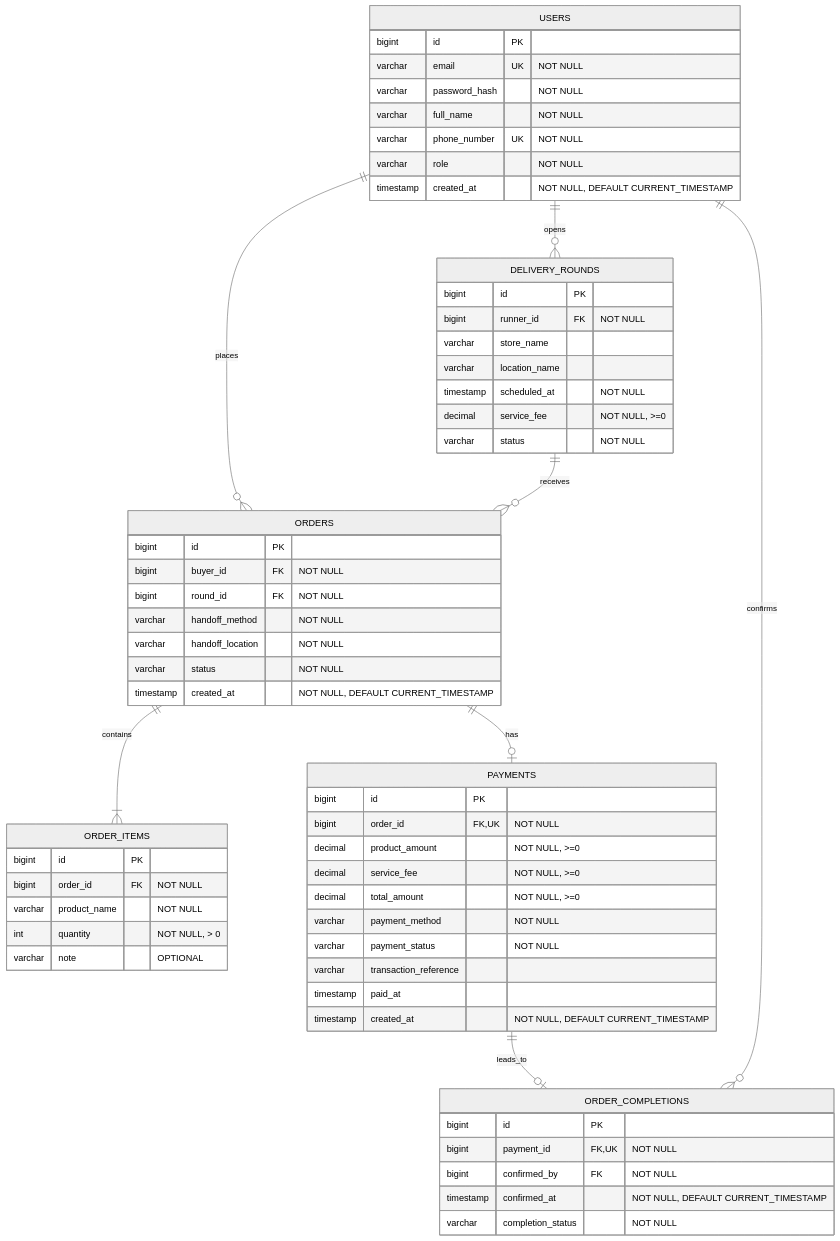
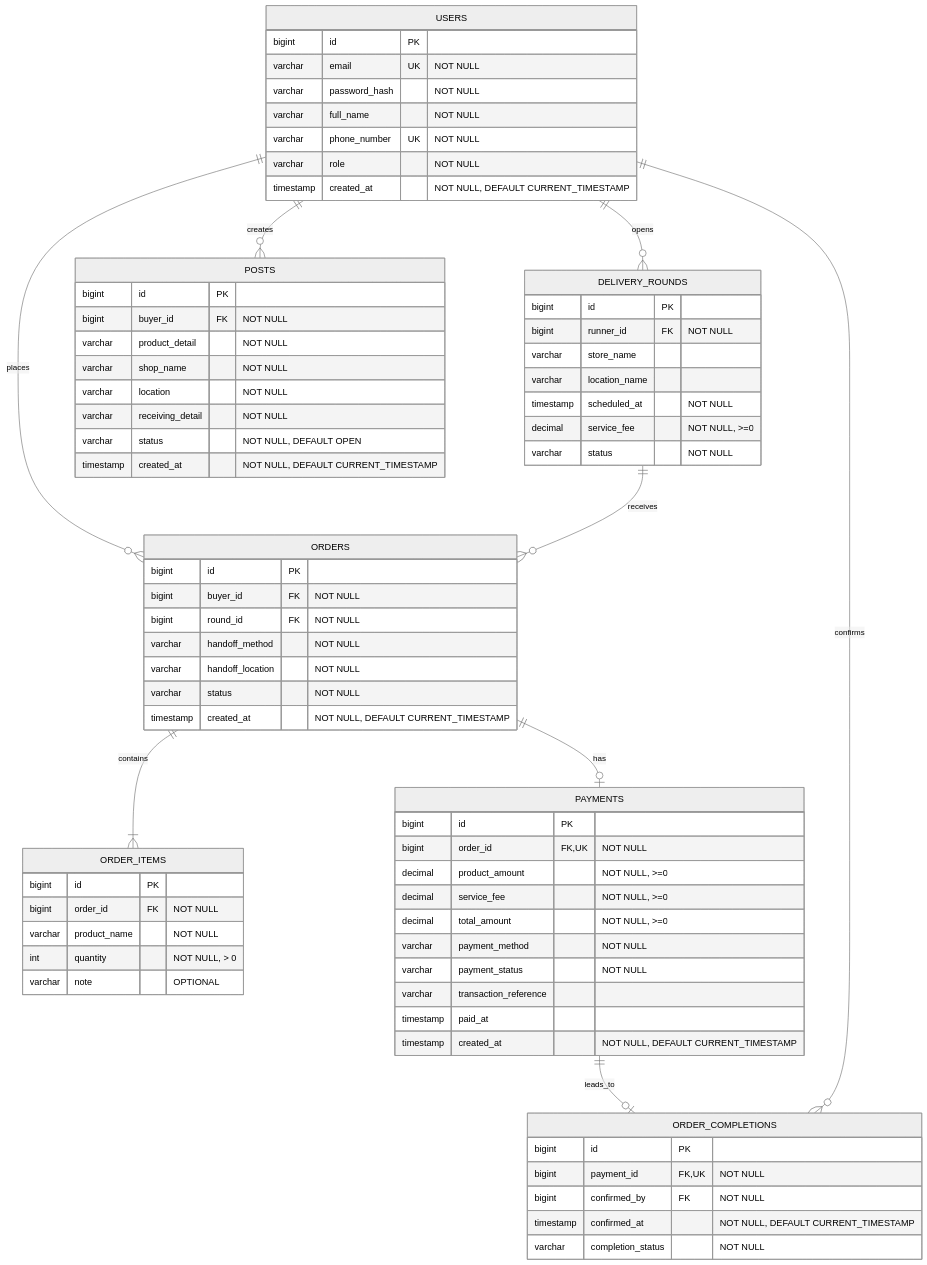
Before and after one commit to BlackyB0o/CS261_650001_group5: the diagram in docs/database/ERD.md, drawn with Mermaid (neutral theme). The commit also changed other lines of this file, not shown here.

Commit message:
add US12 posts ERD

```diff
--- a/docs/database/ERD.md
+++ b/docs/database/ERD.md
@@ -10,6 +10,7 @@
     %% Task 16 - ความสัมพันธ์ของรายการสั่งซื้อ
     USERS ||--o{ ORDERS : places
     DELIVERY_ROUNDS ||--o{ ORDERS : receives
+    USERS ||--o{ POSTS : creates
     ORDERS ||--|{ ORDER_ITEMS : contains
 
     %% Task 20, 24 - ความสัมพันธ์การชำระเงินและยืนยันรับสินค้า
@@ -28,6 +29,17 @@
         timestamp created_at "NOT NULL, DEFAULT CURRENT_TIMESTAMP"
     }
 
+    %% Task 12 - ผู้ฝากหิ้วโพสต์หาคนรับหิ้ว
+    POSTS {
+        bigint id PK
+        bigint buyer_id FK "NOT NULL"
+        varchar product_detail "NOT NULL"
+        varchar shop_name "NOT NULL"
+        varchar location "NOT NULL"
+        varchar receiving_detail "NOT NULL"
+        varchar status "NOT NULL, DEFAULT OPEN"
+        timestamp created_at "NOT NULL, DEFAULT CURRENT_TIMESTAMP"
+    }
     %% Task 08 - เปิดรอบรับหิ้ว
     DELIVERY_ROUNDS {
         bigint id PK
```
